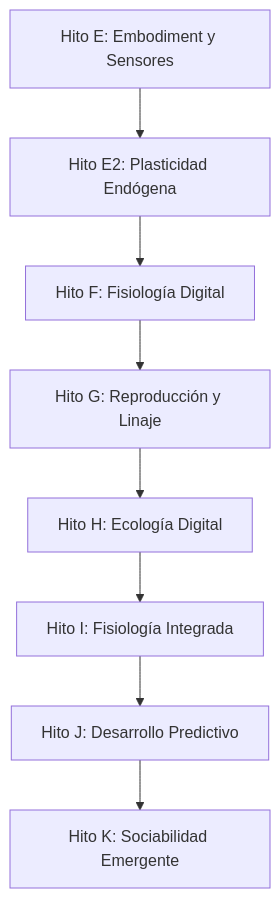
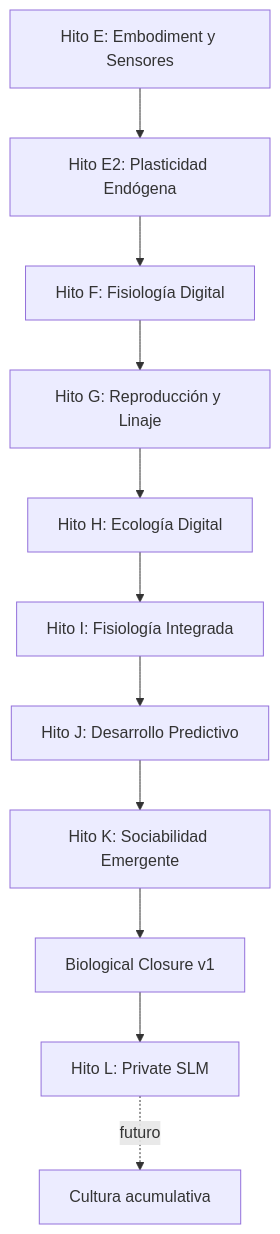
Before and after one commit to alessbarb/symbiont-lab: the diagram in docs/design/README.md, drawn with Mermaid. The commit also changed other lines of this file, not shown here.

Commit message:
docs(design): index private SLM milestone

````diff
--- a/docs/design/README.md
+++ b/docs/design/README.md
@@ -16,10 +16,13 @@
 ```mermaid
 flowchart TD
     E["Hito E: Embodiment y Sensores"] --> E2["Hito E2: Plasticidad Endógena"]
     E2 --> F["Hito F: Fisiología Digital"]
     F --> G["Hito G: Reproducción y Linaje"]
     G --> H["Hito H: Ecología Digital"]
     H --> I["Hito I: Fisiología Integrada"]
     I --> J["Hito J: Desarrollo Predictivo"]
     J --> K["Hito K: Sociabilidad Emergente"]
+    K --> BC["Biological Closure v1"]
+    BC --> L["Hito L: Private SLM"]
+    L -. futuro .-> C["Cultura acumulativa"]
 ```
````
